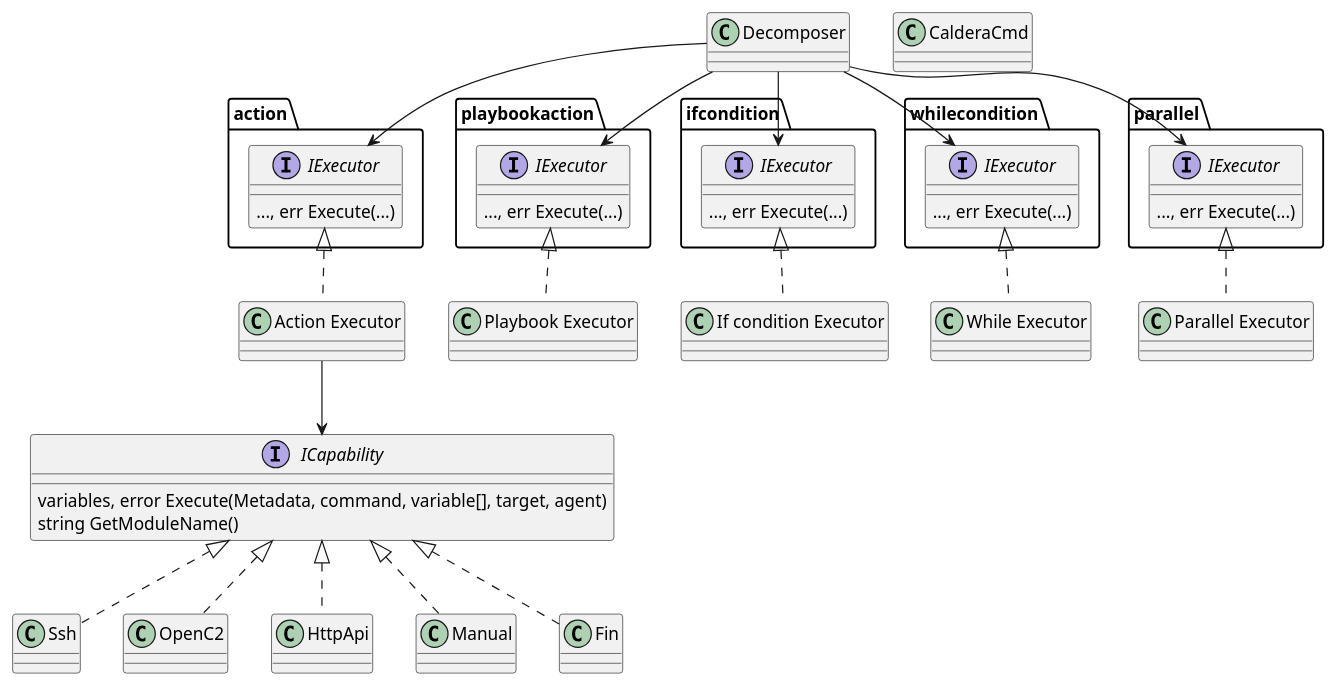
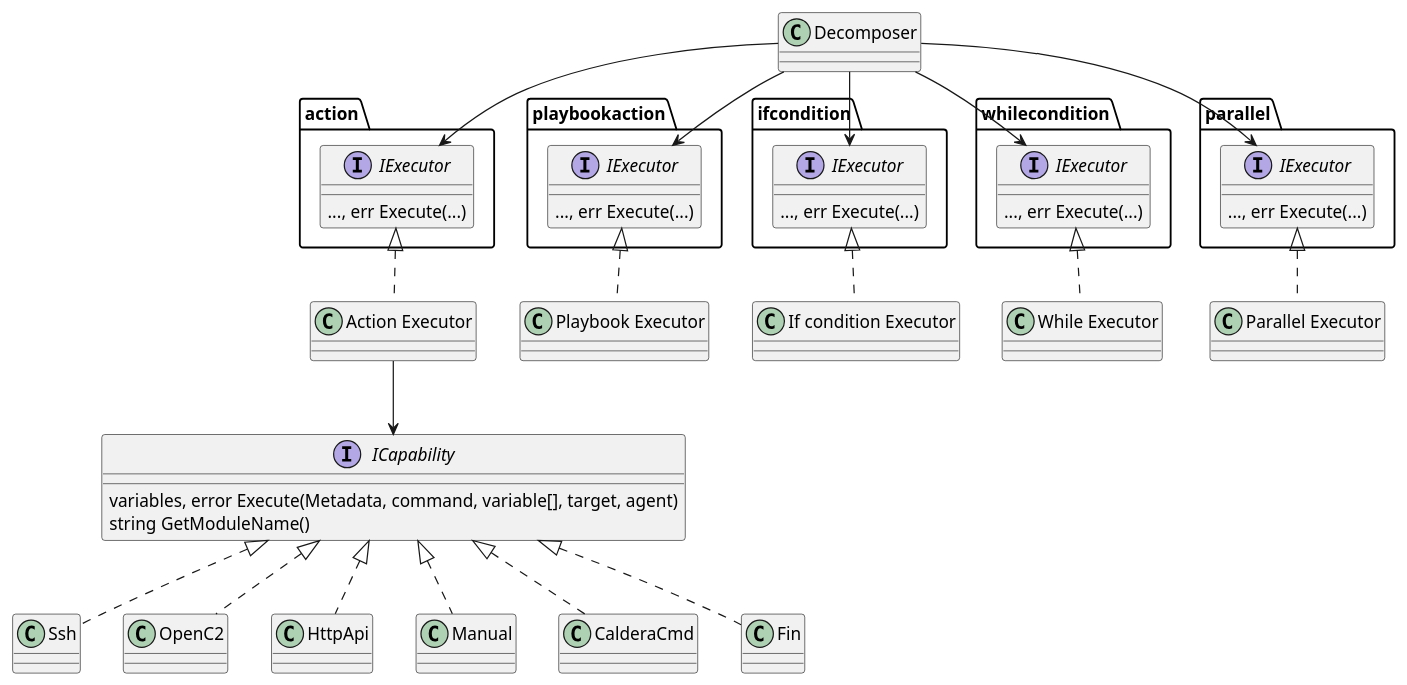
One commit to COSSAS/SOARCA changed the first of 4 diagrams in docs/content/en/docs/core-components/executer.md. Above: the diagram before and after it, drawn with PlantUML. The commit also changed 2 other files, not shown here.

Commit message:
fix: executer graph, numbering of examples and v1.0.X capabilities

````diff
--- a/docs/content/en/docs/core-components/executer.md
+++ b/docs/content/en/docs/core-components/executer.md
@@ -21,74 +21,75 @@
 ```plantuml
 
 package action{
     interface IExecutor {
         ..., err Execute(...)
     }
 }
 
 package playbookaction{
     interface IExecutor {
         ..., err Execute(...)
     }
 }
 
 package ifcondition{
     interface IExecutor {
         ..., err Execute(...)
     }
 }
 
 package whilecondition{
     interface IExecutor {
         ..., err Execute(...)
     }
 }
 
 package parallel{
     interface IExecutor {
         ..., err Execute(...)
     }
 }
 
 
 interface ICapability{
     variables, error Execute(Metadata, command, variable[], target, agent)
     string GetModuleName()
 }
 
 class "Decomposer" as decomposer
 class "Action Executor" as Executor 
 class "Playbook Executor" as playbook
 class "Parallel Executor" as parallelexecutor
 class "While Executor" as while
 class "If condition Executor" as condition
 
 class "Ssh" as ssh
 class "OpenC2" as openc2
 class "HttpApi" as api
 class "Manual" as manual
-class "CalderaCmd" as calderacmd
+class "CalderaCmd" as caldera
 class "Fin" as fin
 
 
 action.IExecutor <|.. Executor
 ICapability <-up- Executor
 ICapability <|.. ssh
 ICapability <|.. openc2
 ICapability <|.. api
 ICapability <|.. manual
+ICapability <|.. caldera 
 ICapability <|.. fin
 
 playbookaction.IExecutor <|.. playbook
 ifcondition.IExecutor <|.. condition
 whilecondition.IExecutor <|.. while
 parallel.IExecutor <|.. parallelexecutor
 
 decomposer -down-> playbookaction.IExecutor
 decomposer -down-> ifcondition.IExecutor
 decomposer -down-> whilecondition.IExecutor
 decomposer -down-> parallel.IExecutor
 decomposer -down-> action.IExecutor
 
 
 ```
````
